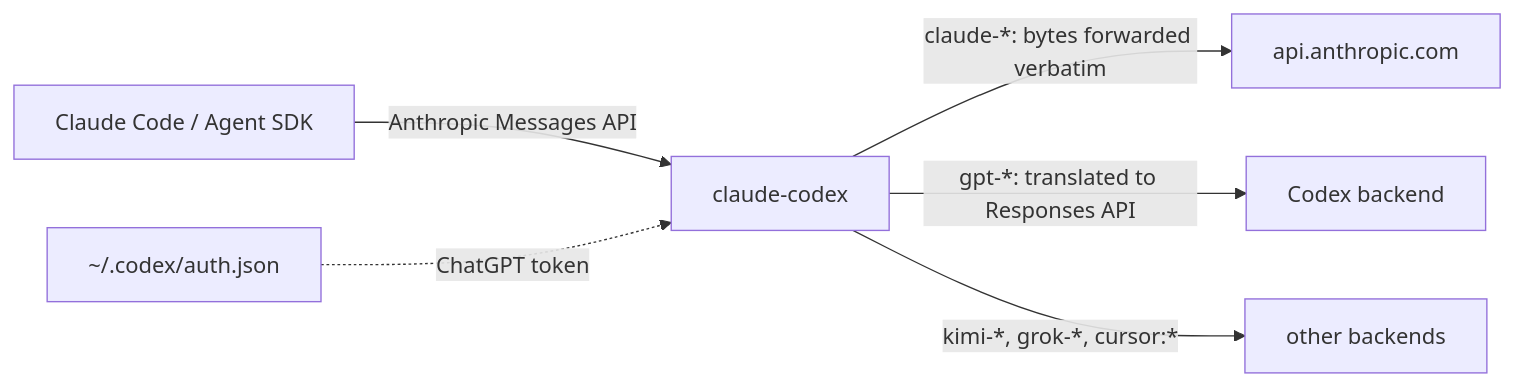
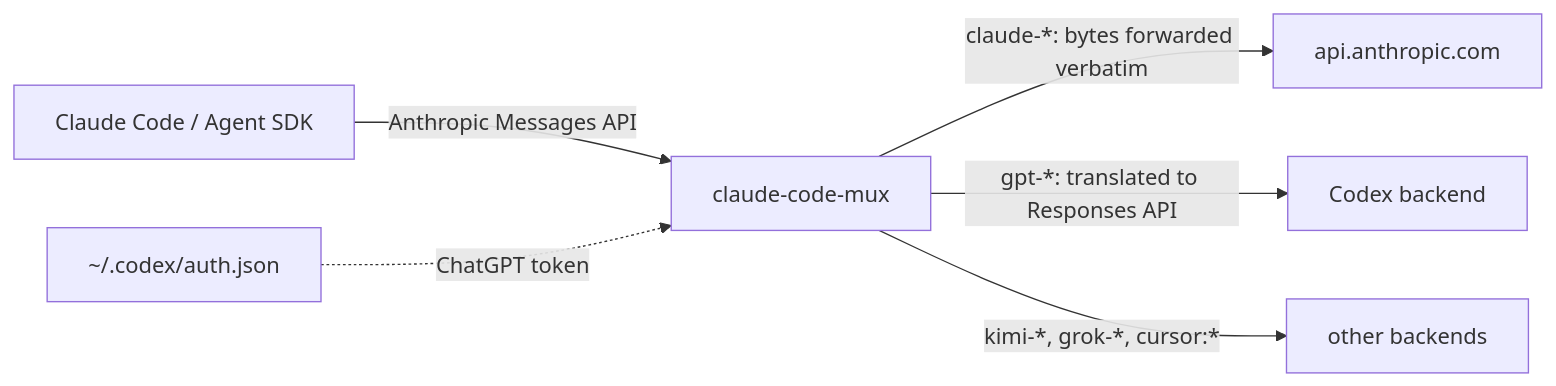
The diagram in README.md (null-topology/claude-code-mux), drawn with Mermaid before and after one commit. The commit also changed other lines of this file and 24 other files, not shown here.

First line of the commit message:
build: rename the project to claude-code-mux

````diff
--- a/README.md
+++ b/README.md
@@ -238,8 +244,8 @@
 ```mermaid
 flowchart LR
-    CC[Claude Code / Agent SDK] -->|Anthropic Messages API| P[claude-codex]
+    CC[Claude Code / Agent SDK] -->|Anthropic Messages API| P[claude-code-mux]
     P -->|claude-*: bytes forwarded verbatim| A[api.anthropic.com]
     P -->|gpt-*: translated to Responses API| X[Codex backend]
     P -->|kimi-*, grok-*, cursor:*| O[other backends]
     K[~/.codex/auth.json] -. ChatGPT token .-> P
 ```
````
